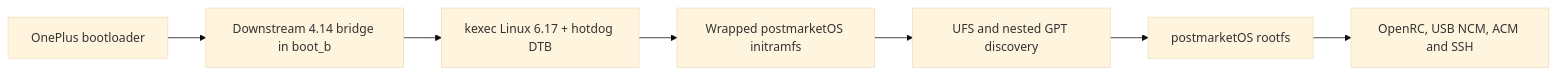
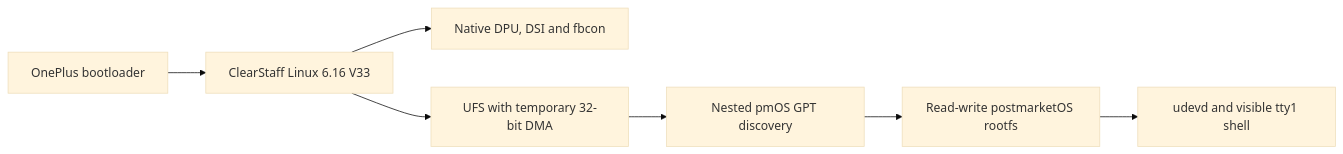
The diagram in README.md (Sr-0w/hotdog-linux-bringup), drawn with Mermaid (base theme) before and after one commit. The commit also changed other lines of this file and 11 other files, not shown here.

Commit message:
Document direct mainline rootfs boot

````diff
--- a/README.md
+++ b/README.md
@@ -97,9 +78,9 @@
 ```mermaid
 flowchart LR
-    A["OnePlus bootloader"] --> B["Downstream 4.14 bridge in boot_b"]
-    B --> C["kexec Linux 6.17 + hotdog DTB"]
-    C --> D["Wrapped postmarketOS initramfs"]
-    D --> E["UFS and nested GPT discovery"]
-    E --> F["postmarketOS rootfs"]
-    F --> G["OpenRC, USB NCM, ACM and SSH"]
+    A["OnePlus bootloader"] --> B["ClearStaff Linux 6.16 V33"]
+    B --> C["Native DPU, DSI and fbcon"]
+    B --> D["UFS with temporary 32-bit DMA"]
+    D --> E["Nested pmOS GPT discovery"]
+    E --> F["Read-write postmarketOS rootfs"]
+    F --> G["udevd and visible tty1 shell"]
 ```
````
